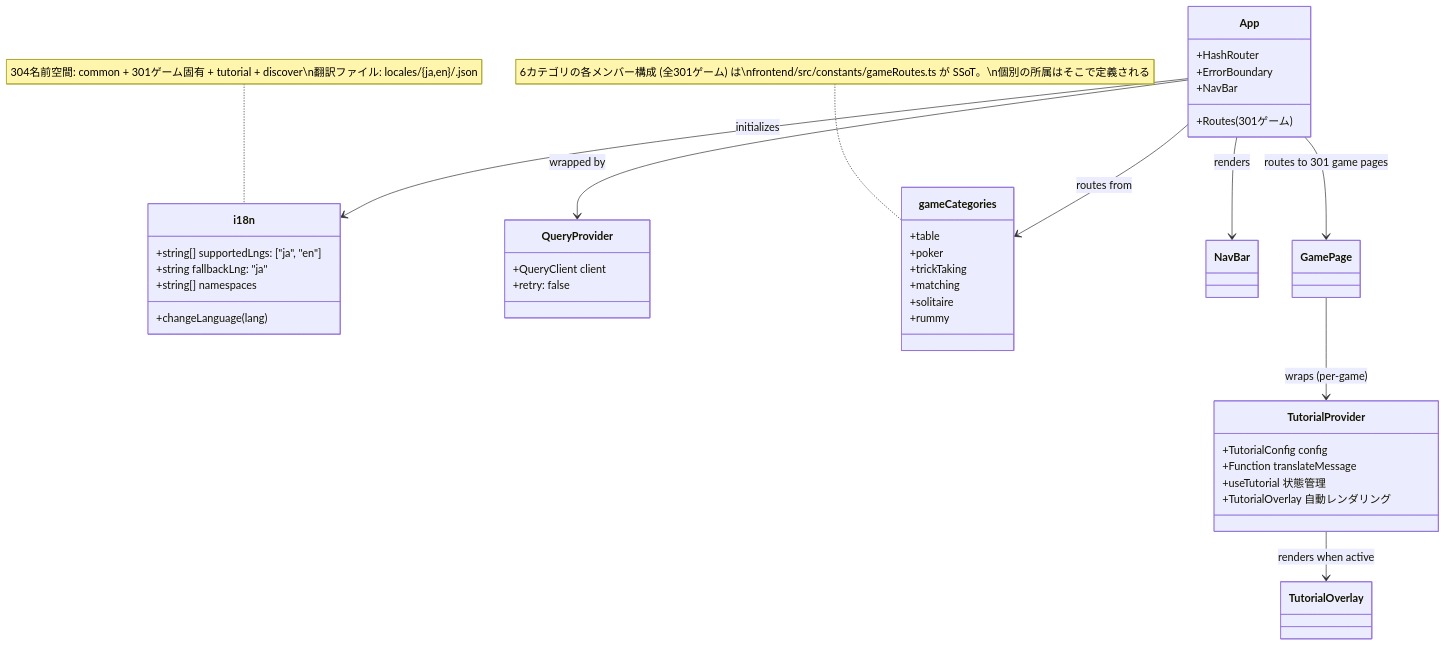
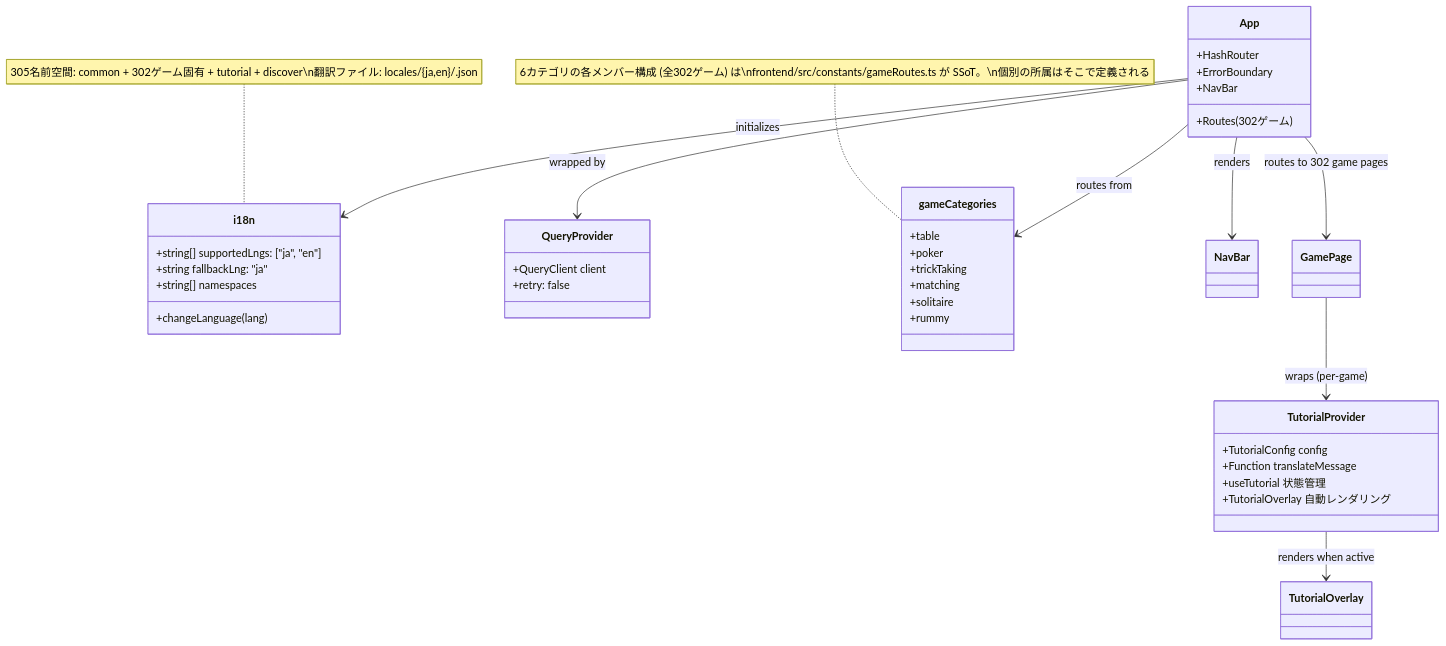
One commit to yuta-yoshinaga/go_trumpcards changed the ninth of 49 diagrams in docs/design/frontend.md. Above: the diagram before and after it, drawn with Mermaid. The commit also changed other lines of this file and 68 other files, not shown here.

````diff
--- a/docs/design/frontend.md
+++ b/docs/design/frontend.md
@@ -1869,48 +1869,48 @@
 ```mermaid
 classDiagram
     class i18n {
         +string[] supportedLngs: ["ja", "en"]
         +string fallbackLng: "ja"
         +string[] namespaces
         +changeLanguage(lang)
     }
 
     class QueryProvider {
         +QueryClient client
         +retry: false
     }
 
     class App {
         +HashRouter
         +ErrorBoundary
         +NavBar
-        +Routes (301ゲーム)
+        +Routes (302ゲーム)
     }
 
     class gameCategories {
         +table
         +poker
         +trickTaking
         +matching
         +solitaire
         +rummy
     }
-    note for gameCategories "6カテゴリの各メンバー構成 (全301ゲーム) は\nfrontend/src/constants/gameRoutes.ts が SSoT。\n個別の所属はそこで定義される"
+    note for gameCategories "6カテゴリの各メンバー構成 (全302ゲーム) は\nfrontend/src/constants/gameRoutes.ts が SSoT。\n個別の所属はそこで定義される"
 
     class TutorialProvider {
         +TutorialConfig config
         +Function translateMessage
         +useTutorial 状態管理
         +TutorialOverlay 自動レンダリング
     }
 
     App --> QueryProvider : wrapped by
     App --> i18n : initializes
     App --> gameCategories : routes from
     App --> NavBar : renders
-    App --> GamePage : routes to 301 game pages
+    App --> GamePage : routes to 302 game pages
     GamePage --> TutorialProvider : wraps (per-game)
     TutorialProvider --> TutorialOverlay : renders when active
 
-    note for i18n "304名前空間: common + 301ゲーム固有 + tutorial + discover\n翻訳ファイル: locales/{ja,en}/<game>.json"
+    note for i18n "305名前空間: common + 302ゲーム固有 + tutorial + discover\n翻訳ファイル: locales/{ja,en}/<game>.json"
 ```
````
